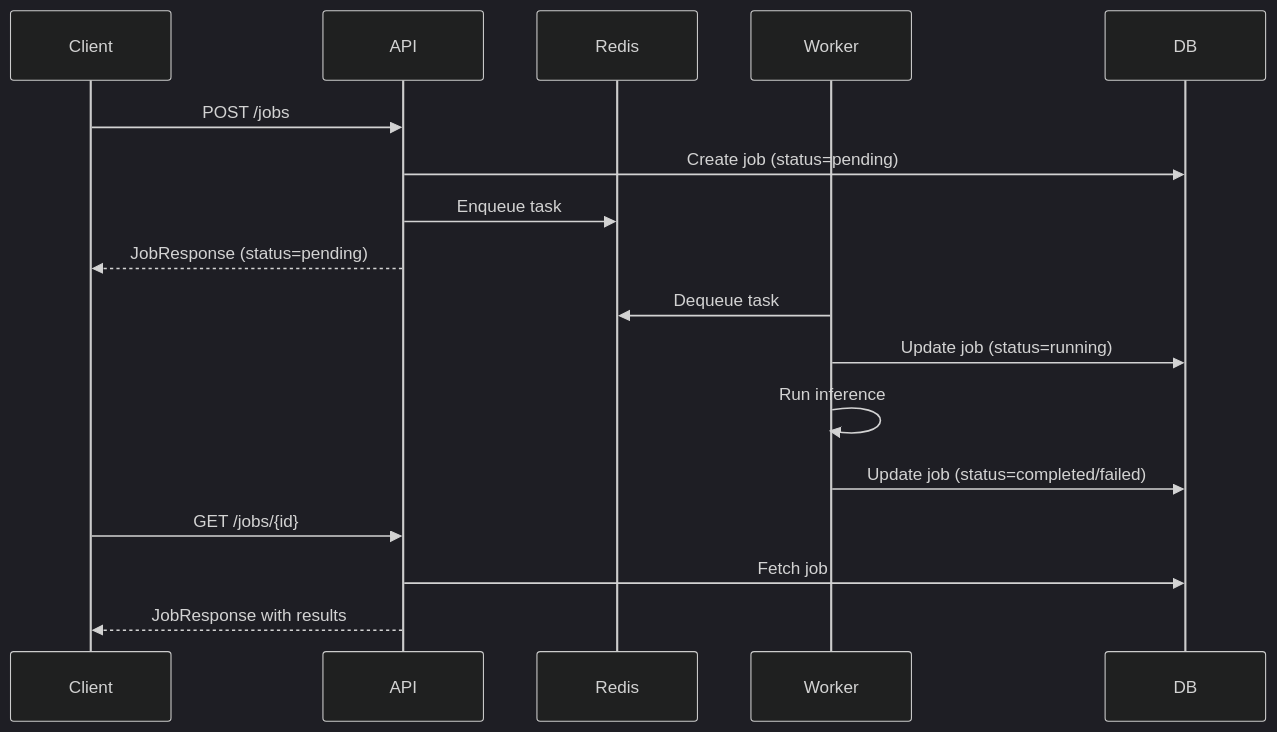
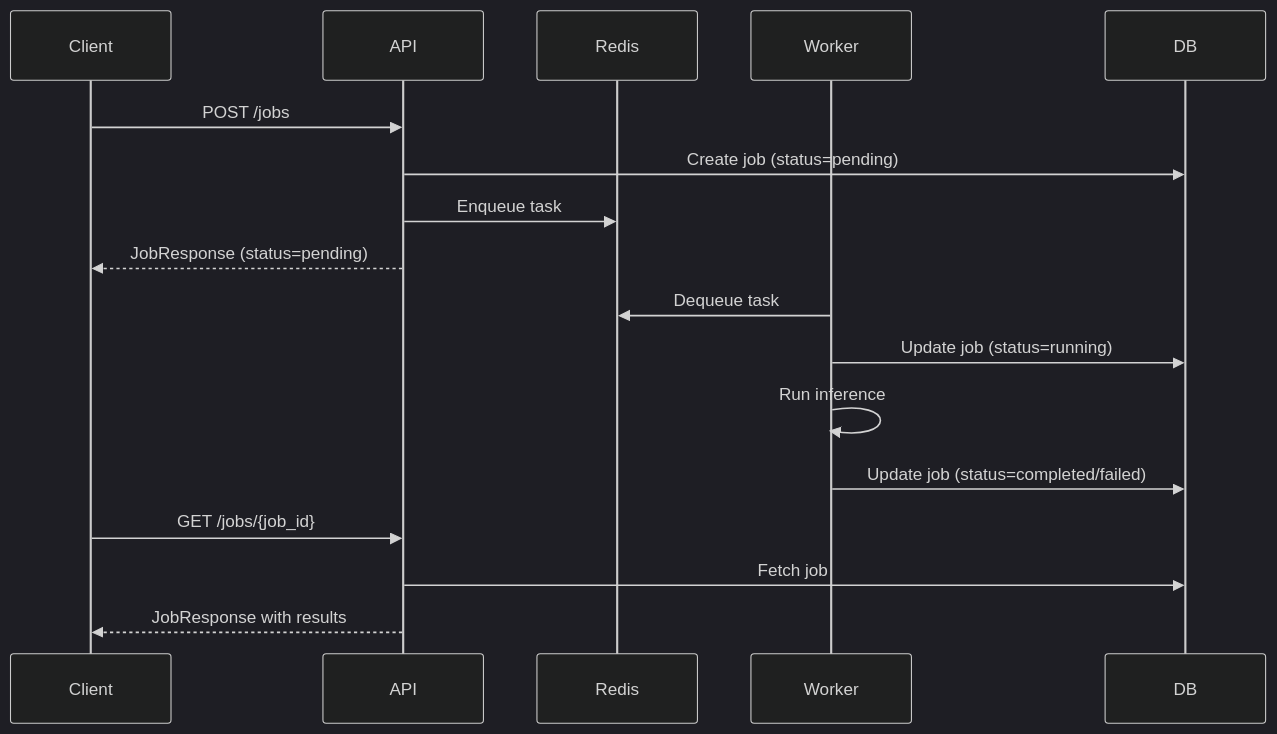
One commit to JohnRogers-Code-projects/MLForge changed the fourth of 5 diagrams in docs/ARCHITECTURE.md. Above: the diagram before and after it, drawn with Mermaid (dark theme). The commit also changed other lines of this file, not shown here.

First line of the commit message:
fix: address Copilot review comments on architecture docs

````diff
--- a/docs/ARCHITECTURE.md
+++ b/docs/ARCHITECTURE.md
@@ -244,22 +247,22 @@
 ```mermaid
 sequenceDiagram
     participant Client
     participant API
     participant Redis
     participant Worker
     participant DB
 
     Client->>API: POST /jobs
     API->>DB: Create job (status=pending)
     API->>Redis: Enqueue task
     API-->>Client: JobResponse (status=pending)
 
     Worker->>Redis: Dequeue task
     Worker->>DB: Update job (status=running)
     Worker->>Worker: Run inference
     Worker->>DB: Update job (status=completed/failed)
 
-    Client->>API: GET /jobs/{id}
+    Client->>API: GET /jobs/{job_id}
     API->>DB: Fetch job
     API-->>Client: JobResponse with results
 ```
````
